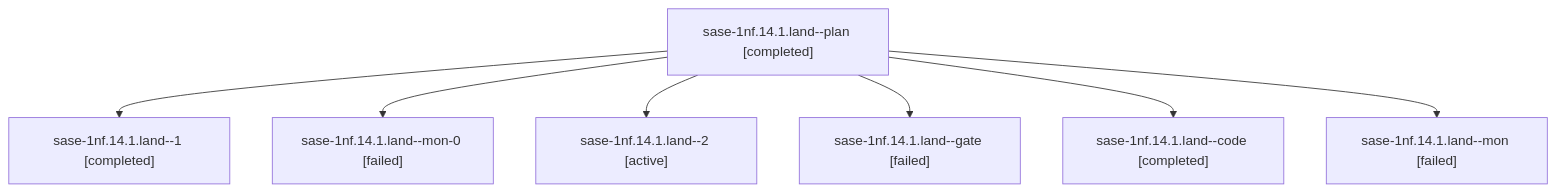
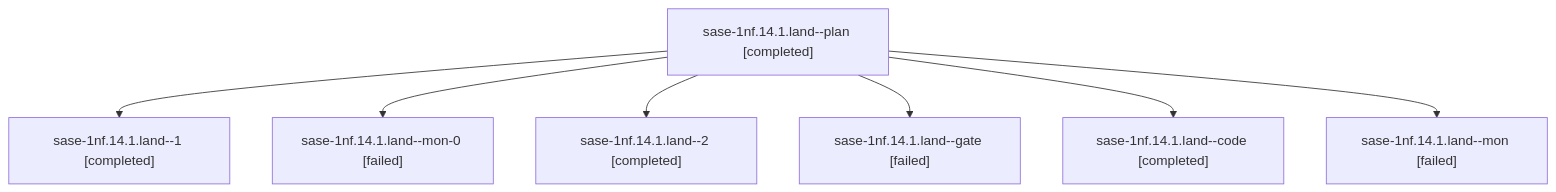
Before and after one commit to sase-org/sase--agents: the diagram in sessions/bbugyi200.athena.sase-1nf.14.1.land.md, drawn with Mermaid. The commit also changed other lines of this file and 212 other files, not shown here.

````diff
--- a/sessions/bbugyi200.athena.sase-1nf.14.1.land.md
+++ b/sessions/bbugyi200.athena.sase-1nf.14.1.land.md
@@ -9,16 +9,16 @@
 ```mermaid
 flowchart TD
   n0["sase-1nf.14.1.land--plan [completed]"]
   n1["sase-1nf.14.1.land--1 [completed]"]
   n0 --> n1
   n2["sase-1nf.14.1.land--mon-0 [failed]"]
   n0 --> n2
-  n3["sase-1nf.14.1.land--2 [active]"]
+  n3["sase-1nf.14.1.land--2 [completed]"]
   n0 --> n3
   n4["sase-1nf.14.1.land--gate [failed]"]
   n0 --> n4
   n5["sase-1nf.14.1.land--code [completed]"]
   n0 --> n5
   n6["sase-1nf.14.1.land--mon [failed]"]
   n0 --> n6
 ```
````
